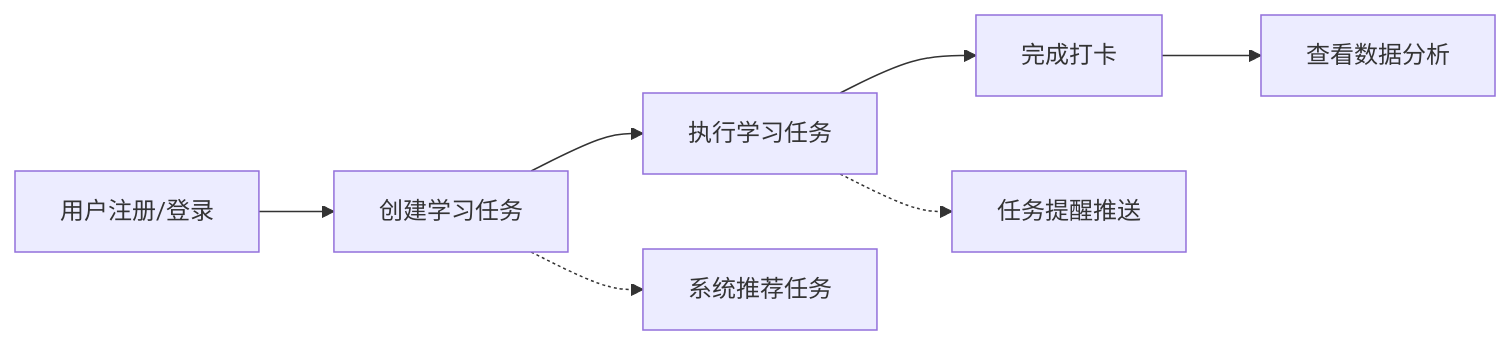
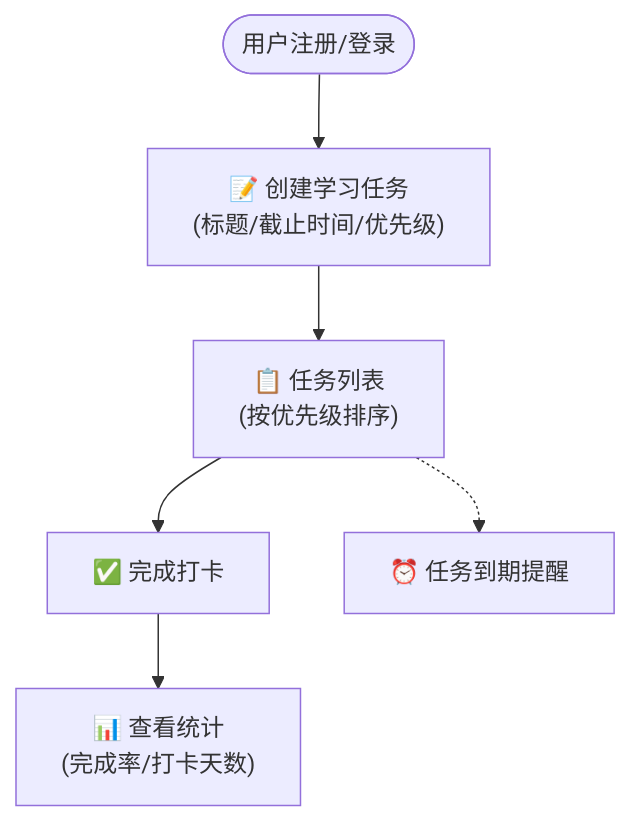
One commit to TonyzzZ666/Study-Agent changed the first of 7 diagrams in 需求报告.md. Above: the diagram before and after it, drawn with Mermaid. The commit also changed other lines of this file and 3 other files, not shown here.

````diff
--- a/需求报告.md
+++ b/需求报告.md
@@ -58,9 +47,8 @@
 ```mermaid
-flowchart LR
-    A[用户注册/登录] --> B[创建学习任务]
-    B --> C[执行学习任务]
-    C --> D[完成打卡]
-    D --> E[查看数据分析]
-    B -.-> F[系统推荐任务]
-    C -.-> G[任务提醒推送]
+flowchart TD
+    A([用户注册/登录]) --> B["📝 创建学习任务<br/>(标题/截止时间/优先级)"]
+    B --> C["📋 任务列表<br/>(按优先级排序)"]
+    C --> D["✅ 完成打卡"]
+    D --> E["📊 查看统计<br/>(完成率/打卡天数)"]
+    C -.-> F["⏰ 任务到期提醒"]
 ```
````
